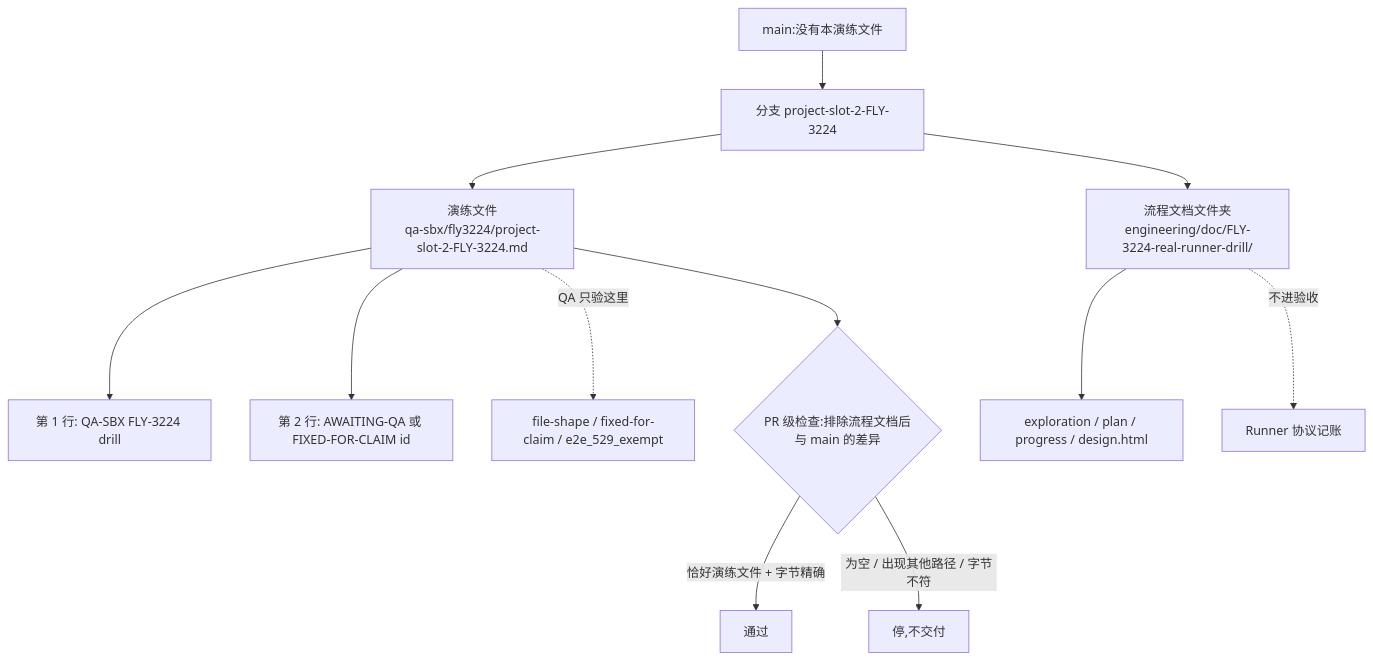
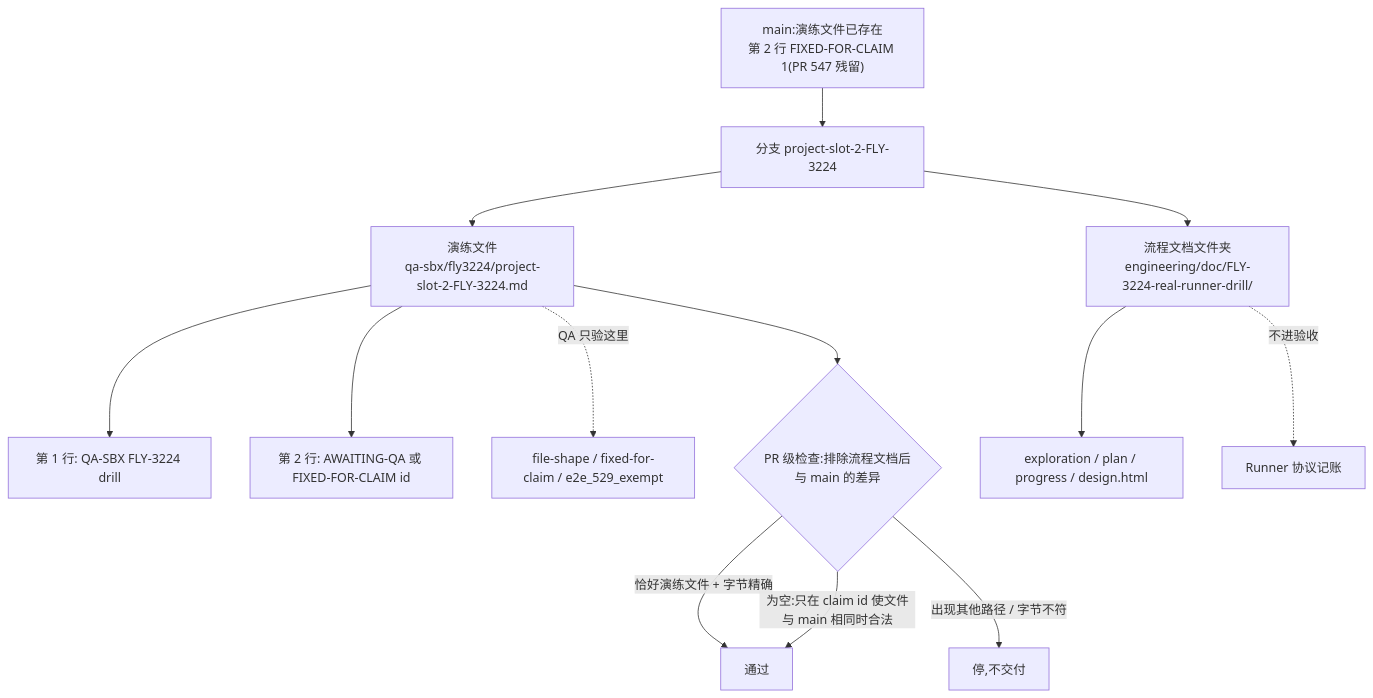
Before and after one commit to xrliAnnie/flywheel-qa-sandbox: the diagram in engineering/doc/FLY-3224-real-runner-drill/d2-data-model.mmd, drawn with Mermaid. The commit also changed 4 other files, not shown here.

```diff
--- a/engineering/doc/FLY-3224-real-runner-drill/d2-data-model.mmd
+++ b/engineering/doc/FLY-3224-real-runner-drill/d2-data-model.mmd
@@ -1,12 +1,13 @@
 flowchart TD
-    M["main:没有本演练文件"] --> B["分支 project-slot-2-FLY-3224"]
+    M["main:演练文件已存在<br/>第 2 行 FIXED-FOR-CLAIM 1(PR 547 残留)"] --> B["分支 project-slot-2-FLY-3224"]
     B --> T["演练文件<br/>qa-sbx/fly3224/project-slot-2-FLY-3224.md"]
     B --> P["流程文档文件夹<br/>engineering/doc/FLY-3224-real-runner-drill/"]
     T --> L1["第 1 行: QA-SBX FLY-3224 drill"]
     T --> L2["第 2 行: AWAITING-QA 或 FIXED-FOR-CLAIM id"]
     P --> X["exploration / plan / progress / design.html"]
     T -. "QA 只验这里" .-> C["file-shape / fixed-for-claim / e2e_529_exempt"]
     P -. "不进验收" .-> N["Runner 协议记账"]
     T --> A{"PR 级检查:排除流程文档后<br/>与 main 的差异"}
     A -- "恰好演练文件 + 字节精确" --> OK["通过"]
-    A -- "为空 / 出现其他路径 / 字节不符" --> STOP["停,不交付"]
+    A -- "为空:只在 claim id 使文件与 main 相同时合法" --> OK
+    A -- "出现其他路径 / 字节不符" --> STOP["停,不交付"]
```
